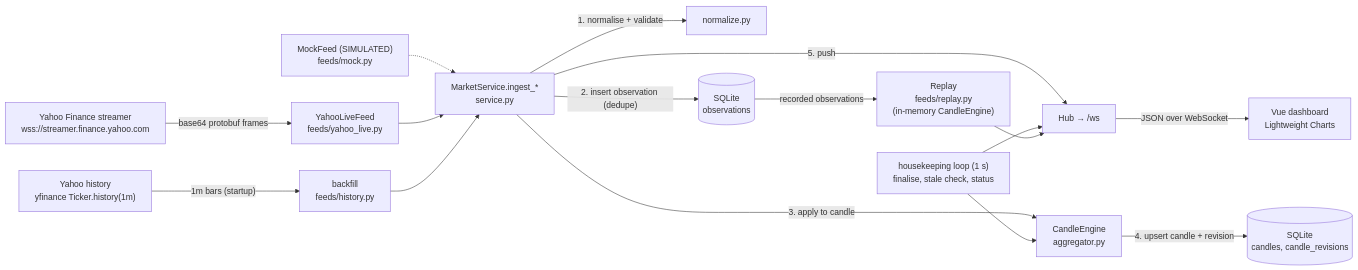
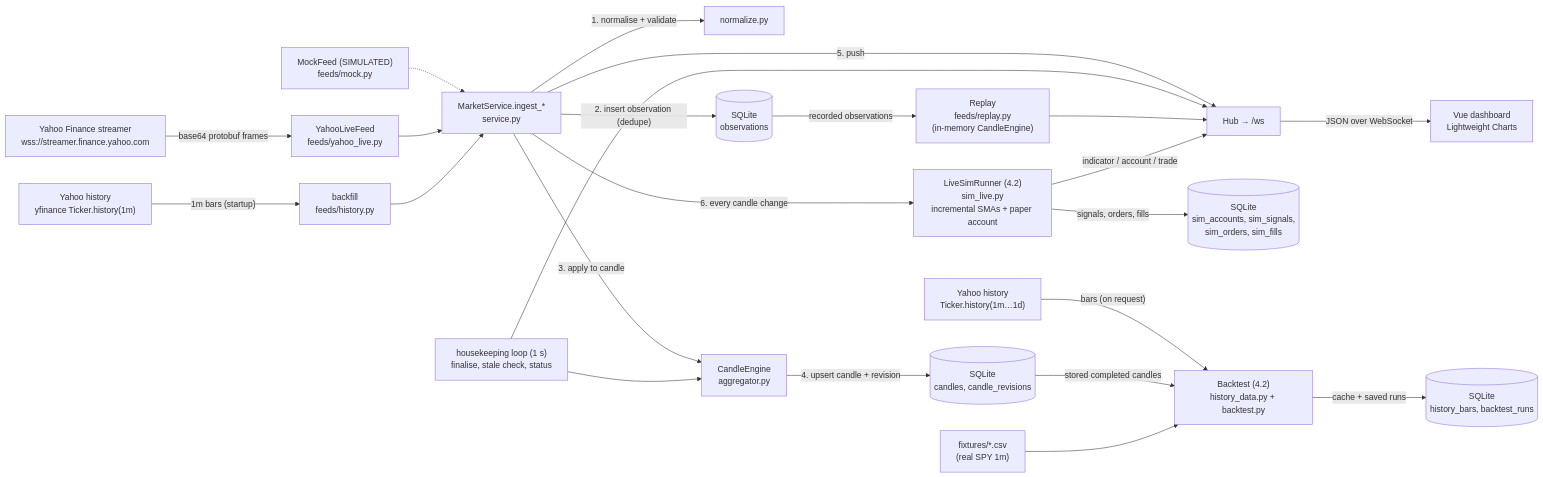
Before and after one commit to afukuda69/live-market-workstation: the diagram in docs/design.md, drawn with Mermaid. The commit also changed other lines of this file and 34 other files, not shown here.

````diff
--- a/docs/design.md
+++ b/docs/design.md
@@ -8,18 +8,25 @@
 ```mermaid
 flowchart LR
     Y["Yahoo Finance streamer<br/>wss://streamer.finance.yahoo.com"] -- "base64 protobuf frames" --> F["YahooLiveFeed<br/>feeds/yahoo_live.py"]
     H["Yahoo history<br/>yfinance Ticker.history(1m)"] -- "1m bars (startup)" --> B["backfill<br/>feeds/history.py"]
     M["MockFeed (SIMULATED)<br/>feeds/mock.py"] -.-> S
     F --> S["MarketService.ingest_*<br/>service.py"]
     B --> S
     S -- "1. normalise + validate" --> N["normalize.py"]
     S -- "2. insert observation (dedupe)" --> DB[("SQLite<br/>observations")]
     S -- "3. apply to candle" --> E["CandleEngine<br/>aggregator.py"]
     E -- "4. upsert candle + revision" --> DB2[("SQLite<br/>candles, candle_revisions")]
     S -- "5. push" --> HUB["Hub → /ws"]
     HK["housekeeping loop (1 s)<br/>finalise, stale check, status"] --> E
     HK --> HUB
     HUB -- "JSON over WebSocket" --> UI["Vue dashboard<br/>Lightweight Charts"]
     DB -- "recorded observations" --> R["Replay<br/>feeds/replay.py<br/>(in-memory CandleEngine)"]
     R --> HUB
+    S -- "6. every candle change" --> SIM["LiveSimRunner (4.2)<br/>sim_live.py<br/>incremental SMAs + paper account"]
+    SIM -- "signals, orders, fills" --> DB3[("SQLite<br/>sim_accounts, sim_signals,<br/>sim_orders, sim_fills")]
+    SIM -- "indicator / account / trade" --> HUB
+    HY["Yahoo history<br/>Ticker.history(1m…1d)"] -- "bars (on request)" --> BT["Backtest (4.2)<br/>history_data.py + backtest.py"]
+    DB2 -- "stored completed candles" --> BT
+    FX["fixtures/*.csv<br/>(real SPY 1m)"] --> BT
+    BT -- "cache + saved runs" --> DB4[("SQLite<br/>history_bars, backtest_runs")]
 ```
````
